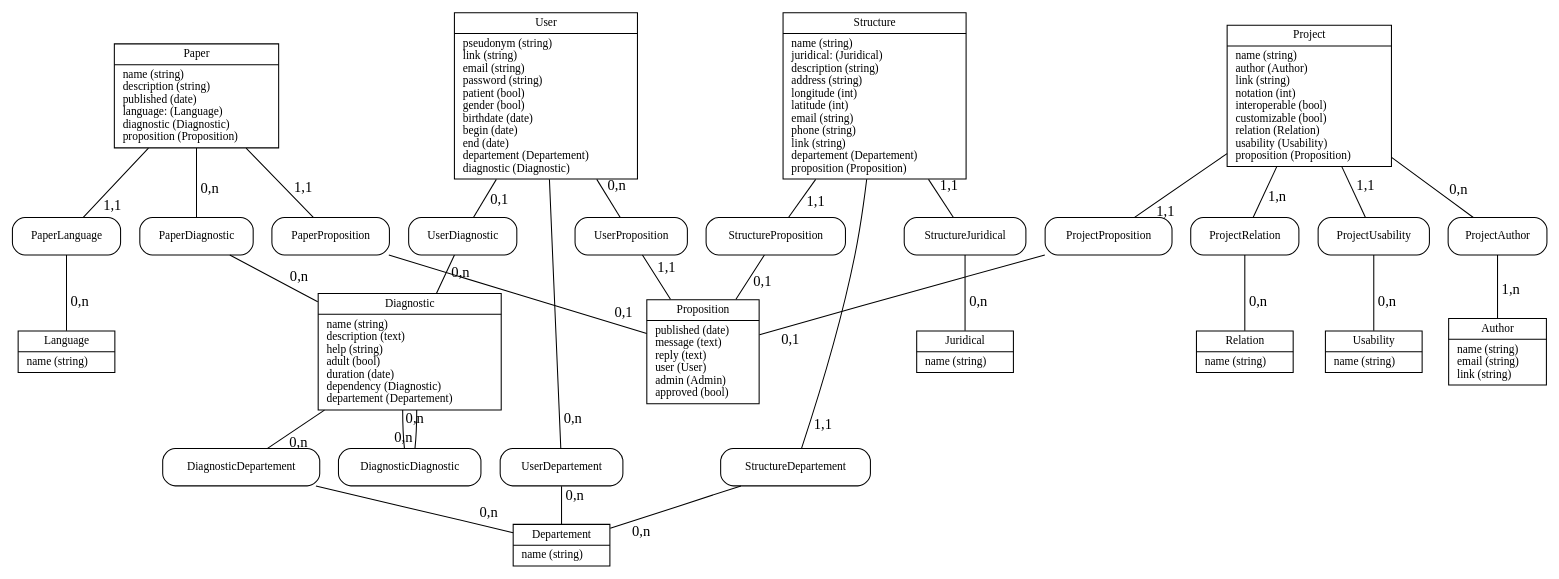
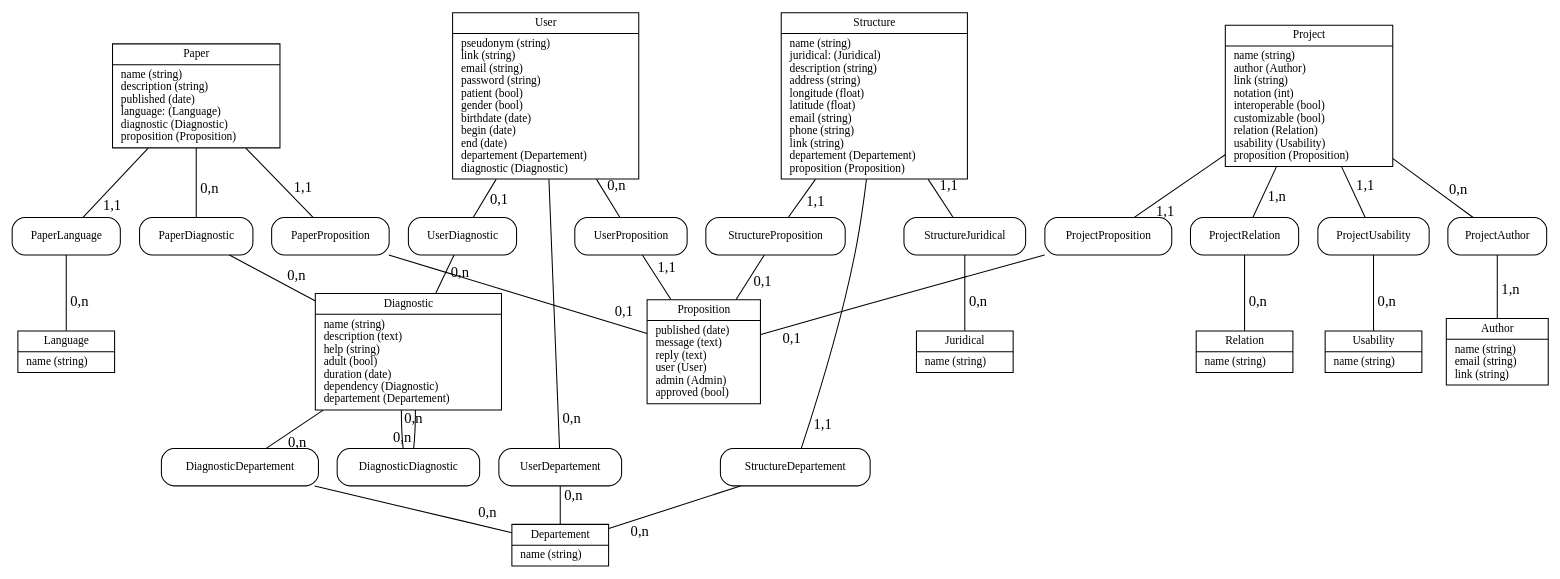
The diagram in mcd.dot (adjivas/site-ref), drawn with Graphviz before and after one commit. The commit also changed 33 other files, not shown here.

```diff
--- a/mcd.dot
+++ b/mcd.dot
@@ -1,178 +1,178 @@
 graph siteRef {
   //! `dot -Tpng > mcd.png mcd.dot`
 
-	splines = true;
-	overlap = scalexy;
-	node [fontsize = 11];
+ splines = true;
+ overlap = scalexy;
+ node [fontsize = 11];
 
-	/// Table
+ /// Table
 
-	nodeTablePaper [label = "{
-		Paper
-			|
-				name (string)\l
-				description (string)\l
-				published (date)\l
-				language: (Language)\l
-				diagnostic (Diagnostic)\l
-				proposition (Proposition)\l
-	}", shape=record];
+ nodeTablePaper [label = "{
+  Paper
+    |
+    name (string)\l
+    description (string)\l
+    published (date)\l
+    language: (Language)\l
+    diagnostic (Diagnostic)\l
+    proposition (Proposition)\l
+ }", shape=record];
 
-	nodeTableStructure [label = "{
-		Structure
-		  |
-				name (string)\l
-				juridical: (Juridical)\l
-				description (string)\l
-                address (string)\l
-				longitude (int)\l
-				latitude (int)\l
-				email (string)\l
-				phone (string)\l
-                link (string)\l
-				departement (Departement)\l
-				proposition (Proposition)\l
-	}", shape=record];
+ nodeTableStructure [label = "{
+  Structure
+    |
+    name (string)\l
+    juridical: (Juridical)\l
+    description (string)\l
+    address (string)\l
+    longitude (float)\l
+    latitude (float)\l
+    email (string)\l
+    phone (string)\l
+    link (string)\l
+    departement (Departement)\l
+    proposition (Proposition)\l
+ }", shape=record];
 
-	nodeTableJuridical [label = "{
-		Juridical
-		  |
-				name (string)\l
-	}", shape=record];
+ nodeTableJuridical [label = "{
+  Juridical
+    |
+    name (string)\l
+ }", shape=record];
 
-	nodeTableDepartement [label = "{
-		Departement
-		  |
-				name (string)\l
-	}", shape=record];
+ nodeTableDepartement [label = "{
+  Departement
+    |
+    name (string)\l
+ }", shape=record];
 
-	nodeTableProject [label = "{
-		Project
-		  |
-				name (string)\l
-				author (Author)\l
-				link (string)\l
-				notation (int)\l
-				interoperable (bool)\l
-				customizable (bool)\l
-				relation (Relation)\l
-				usability (Usability)\l
-				proposition (Proposition)\l
-	}", shape=record];
+ nodeTableProject [label = "{
+  Project
+    |
+    name (string)\l
+    author (Author)\l
+    link (string)\l
+    notation (int)\l
+    interoperable (bool)\l
+    customizable (bool)\l
+    relation (Relation)\l
+    usability (Usability)\l
+    proposition (Proposition)\l
+ }", shape=record];
 
-	nodeTableAuthor [label = "{
-		Author
-			|
-				name (string)\l
-				email (string)\l
-				link (string)\l
-	}", shape=record];
+ nodeTableAuthor [label = "{
+  Author
+   |
+    name (string)\l
+    email (string)\l
+    link (string)\l
+ }", shape=record];
 
-	nodeTableRelation [label = "{
-		Relation
-			|
-				name (string)\l
-	}", shape=record];
+ nodeTableRelation [label = "{
+  Relation
+   |
+    name (string)\l
+ }", shape=record];
 
-	nodeTableUsability [label = "{
-		Usability
-			|
-				name (string)\l
-	}", shape=record];
+ nodeTableUsability [label = "{
+  Usability
+   |
+    name (string)\l
+ }", shape=record];
 
-	nodeTableProposition [label = "{
-		Proposition
-			|
-				published (date)\l
-				message (text)\l
-				reply (text)\l
-				user (User)\l
-				admin (Admin)\l
-				approved (bool)\l
-	}", shape=record];
+ nodeTableProposition [label = "{
+  Proposition
+   |
+    published (date)\l
+    message (text)\l
+    reply (text)\l
+    user (User)\l
+    admin (Admin)\l
+    approved (bool)\l
+ }", shape=record];
 
-	nodeTableDiagnostic [label = "{
-		Diagnostic
-			|
-				name (string)\l
-				description (text)\l
-				help (string)\l
-				adult (bool)\l
+ nodeTableDiagnostic [label = "{
+  Diagnostic
+   |
+    name (string)\l
+    description (text)\l
+    help (string)\l
+    adult (bool)\l
                                 duration (date)\l
-				dependency (Diagnostic)\l
-				departement (Departement)\l
-	}", shape=record];
+    dependency (Diagnostic)\l
+    departement (Departement)\l
+ }", shape=record];
 
-	nodeTableUser [label = "{
-		User
-			|
-				pseudonym (string)\l
-				link (string)\l
-				email (string)\l
-				password (string)\l
-				patient (bool)\l
-				gender (bool)\l
-				birthdate (date)\l
-				begin (date)\l
-				end (date)\l
-				departement (Departement)\l
-				diagnostic (Diagnostic)\l
-	}", shape=record];
+ nodeTableUser [label = "{
+  User
+   |
+    pseudonym (string)\l
+    link (string)\l
+    email (string)\l
+    password (string)\l
+    patient (bool)\l
+    gender (bool)\l
+    birthdate (date)\l
+    begin (date)\l
+    end (date)\l
+    departement (Departement)\l
+    diagnostic (Diagnostic)\l
+ }", shape=record];
 
-	nodeTableLanguage [label = "{
-		Language
-			|
-				name (string)\l
-	}", shape=record];
+ nodeTableLanguage [label = "{
+  Language
+   |
+    name (string)\l
+ }", shape=record];
 
-	/// Relation
+ /// Relation
 
-	nodeRelationPaperDiagnostic [label = "{PaperDiagnostic}", shape = Mrecord];
-	nodeRelationPaperProposition [label = "{PaperProposition}", shape = Mrecord];
-	nodeRelationStructureJuridical [label = "{StructureJuridical}", shape = Mrecord];
-	nodeRelationStructureDepartement [label = "{StructureDepartement}", shape = Mrecord];
-	nodeRelationStructureProposition [label = "{StructureProposition}", shape = Mrecord];
-	nodeRelationProjectRelation [label = "{ProjectRelation}", shape = Mrecord];
-	nodeRelationProjectUsability [label = "{ProjectUsability}", shape = Mrecord];
-	nodeRelationProjectProposition [label = "{ProjectProposition}", shape = Mrecord];
-	nodeRelationProjectAuthor [label = "{ProjectAuthor}", shape = Mrecord];
-	nodeRelationDiagnosticDiagnostic [label = "{DiagnosticDiagnostic}", shape = Mrecord];
-	nodeRelationDiagnosticDepartement [label = "{DiagnosticDepartement}", shape = Mrecord];
-	nodeRelationUserDepartement [label = "{UserDepartement}", shape = Mrecord];
-	nodeRelationUserDiagnostic [label = "{UserDiagnostic}", shape = Mrecord];
-	nodeRelationPaperLanguage [label = "{PaperLanguage}", shape = Mrecord];
-	nodeRelationUserProposition [label = "{UserProposition}", shape = Mrecord];
+ nodeRelationPaperDiagnostic [label = "{PaperDiagnostic}", shape = Mrecord];
+ nodeRelationPaperProposition [label = "{PaperProposition}", shape = Mrecord];
+ nodeRelationStructureJuridical [label = "{StructureJuridical}", shape = Mrecord];
+ nodeRelationStructureDepartement [label = "{StructureDepartement}", shape = Mrecord];
+ nodeRelationStructureProposition [label = "{StructureProposition}", shape = Mrecord];
+ nodeRelationProjectRelation [label = "{ProjectRelation}", shape = Mrecord];
+ nodeRelationProjectUsability [label = "{ProjectUsability}", shape = Mrecord];
+ nodeRelationProjectProposition [label = "{ProjectProposition}", shape = Mrecord];
+ nodeRelationProjectAuthor [label = "{ProjectAuthor}", shape = Mrecord];
+ nodeRelationDiagnosticDiagnostic [label = "{DiagnosticDiagnostic}", shape = Mrecord];
+ nodeRelationDiagnosticDepartement [label = "{DiagnosticDepartement}", shape = Mrecord];
+ nodeRelationUserDepartement [label = "{UserDepartement}", shape = Mrecord];
+ nodeRelationUserDiagnostic [label = "{UserDiagnostic}", shape = Mrecord];
+ nodeRelationPaperLanguage [label = "{PaperLanguage}", shape = Mrecord];
+ nodeRelationUserProposition [label = "{UserProposition}", shape = Mrecord];
 
-	/// Cardinality
+ /// Cardinality
 
-	nodeTablePaper -- nodeRelationPaperDiagnostic [headlabel = "0,n", labeldistance = 3];
-	nodeRelationPaperDiagnostic -- nodeTableDiagnostic [headlabel = "0,n", labeldistance = 3];
-	nodeTablePaper -- nodeRelationPaperProposition [headlabel = "1,1", labeldistance = 3];
-	nodeRelationPaperProposition -- nodeTableProposition [headlabel = "0,1", labeldistance = 3]
-	nodeTablePaper -- nodeRelationPaperLanguage [headlabel = "1,1", labeldistance = 3];
-	nodeRelationPaperLanguage -- nodeTableLanguage [headlabel = "0,n", labeldistance = 3]
-	nodeTableStructure -- nodeRelationStructureJuridical [headlabel = "1,1", labeldistance = 3];
-	nodeRelationStructureJuridical -- nodeTableJuridical [headlabel = "0,n", labeldistance = 3];
-	nodeTableStructure -- nodeRelationStructureDepartement [headlabel = "1,1", labeldistance = 3];
-	nodeRelationStructureDepartement -- nodeTableDepartement [headlabel = "0,n", labeldistance = 3];
-	nodeTableStructure -- nodeRelationStructureProposition [headlabel = "1,1", labeldistance = 3];
-	nodeRelationStructureProposition -- nodeTableProposition [headlabel = "0,1", labeldistance = 3];
-	nodeTableProject -- nodeRelationProjectRelation [headlabel = "1,n", labeldistance = 3];
-	nodeRelationProjectRelation -- nodeTableRelation [headlabel = "0,n", labeldistance = 3];
-	nodeTableProject -- nodeRelationProjectUsability [headlabel = "1,1", labeldistance = 3];
-	nodeRelationProjectUsability -- nodeTableUsability [headlabel = "0,n", labeldistance = 3];
-	nodeTableProject -- nodeRelationProjectProposition [headlabel = "1,1", labeldistance = 3];
-	nodeRelationProjectProposition -- nodeTableProposition [headlabel = "0,1", labeldistance = 3];
-	nodeTableProject -- nodeRelationProjectAuthor [headlabel = "0,n", labeldistance = 3];
-	nodeRelationProjectAuthor -- nodeTableAuthor [headlabel = "1,n", labeldistance = 3];
-	nodeTableDiagnostic -- nodeRelationDiagnosticDiagnostic [headlabel = "0,n", labeldistance = 3];
-	nodeRelationDiagnosticDiagnostic -- nodeTableDiagnostic [headlabel = "0,n", labeldistance = 3];
-	nodeTableDiagnostic -- nodeRelationDiagnosticDepartement [headlabel = "0,n", labeldistance = 3];
-	nodeRelationDiagnosticDepartement -- nodeTableDepartement [headlabel = "0,n", labeldistance = 3];
-	nodeTableUser -- nodeRelationUserDepartement [headlabel = "0,n", labeldistance = 3];
-	nodeRelationUserDepartement -- nodeTableDepartement [headlabel = "0,n", labeldistance = 3];
-	nodeTableUser -- nodeRelationUserDiagnostic [headlabel = "0,1", labeldistance = 3];
-	nodeRelationUserDiagnostic -- nodeTableDiagnostic [headlabel = "0,n", labeldistance = 3];
-	nodeTableUser -- nodeRelationUserProposition [headlabel = "0,n", labeldistance = 3];
-	nodeRelationUserProposition -- nodeTableProposition [headlabel = "1,1", labeldistance = 3];
+ nodeTablePaper -- nodeRelationPaperDiagnostic [headlabel = "0,n", labeldistance = 3];
+ nodeRelationPaperDiagnostic -- nodeTableDiagnostic [headlabel = "0,n", labeldistance = 3];
+ nodeTablePaper -- nodeRelationPaperProposition [headlabel = "1,1", labeldistance = 3];
+ nodeRelationPaperProposition -- nodeTableProposition [headlabel = "0,1", labeldistance = 3]
+ nodeTablePaper -- nodeRelationPaperLanguage [headlabel = "1,1", labeldistance = 3];
+ nodeRelationPaperLanguage -- nodeTableLanguage [headlabel = "0,n", labeldistance = 3]
+ nodeTableStructure -- nodeRelationStructureJuridical [headlabel = "1,1", labeldistance = 3];
+ nodeRelationStructureJuridical -- nodeTableJuridical [headlabel = "0,n", labeldistance = 3];
+ nodeTableStructure -- nodeRelationStructureDepartement [headlabel = "1,1", labeldistance = 3];
+ nodeRelationStructureDepartement -- nodeTableDepartement [headlabel = "0,n", labeldistance = 3];
+ nodeTableStructure -- nodeRelationStructureProposition [headlabel = "1,1", labeldistance = 3];
+ nodeRelationStructureProposition -- nodeTableProposition [headlabel = "0,1", labeldistance = 3];
+ nodeTableProject -- nodeRelationProjectRelation [headlabel = "1,n", labeldistance = 3];
+ nodeRelationProjectRelation -- nodeTableRelation [headlabel = "0,n", labeldistance = 3];
+ nodeTableProject -- nodeRelationProjectUsability [headlabel = "1,1", labeldistance = 3];
+ nodeRelationProjectUsability -- nodeTableUsability [headlabel = "0,n", labeldistance = 3];
+ nodeTableProject -- nodeRelationProjectProposition [headlabel = "1,1", labeldistance = 3];
+ nodeRelationProjectProposition -- nodeTableProposition [headlabel = "0,1", labeldistance = 3];
+ nodeTableProject -- nodeRelationProjectAuthor [headlabel = "0,n", labeldistance = 3];
+ nodeRelationProjectAuthor -- nodeTableAuthor [headlabel = "1,n", labeldistance = 3];
+ nodeTableDiagnostic -- nodeRelationDiagnosticDiagnostic [headlabel = "0,n", labeldistance = 3];
+ nodeRelationDiagnosticDiagnostic -- nodeTableDiagnostic [headlabel = "0,n", labeldistance = 3];
+ nodeTableDiagnostic -- nodeRelationDiagnosticDepartement [headlabel = "0,n", labeldistance = 3];
+ nodeRelationDiagnosticDepartement -- nodeTableDepartement [headlabel = "0,n", labeldistance = 3];
+ nodeTableUser -- nodeRelationUserDepartement [headlabel = "0,n", labeldistance = 3];
+ nodeRelationUserDepartement -- nodeTableDepartement [headlabel = "0,n", labeldistance = 3];
+ nodeTableUser -- nodeRelationUserDiagnostic [headlabel = "0,1", labeldistance = 3];
+ nodeRelationUserDiagnostic -- nodeTableDiagnostic [headlabel = "0,n", labeldistance = 3];
+ nodeTableUser -- nodeRelationUserProposition [headlabel = "0,n", labeldistance = 3];
+ nodeRelationUserProposition -- nodeTableProposition [headlabel = "1,1", labeldistance = 3];
 }
```
